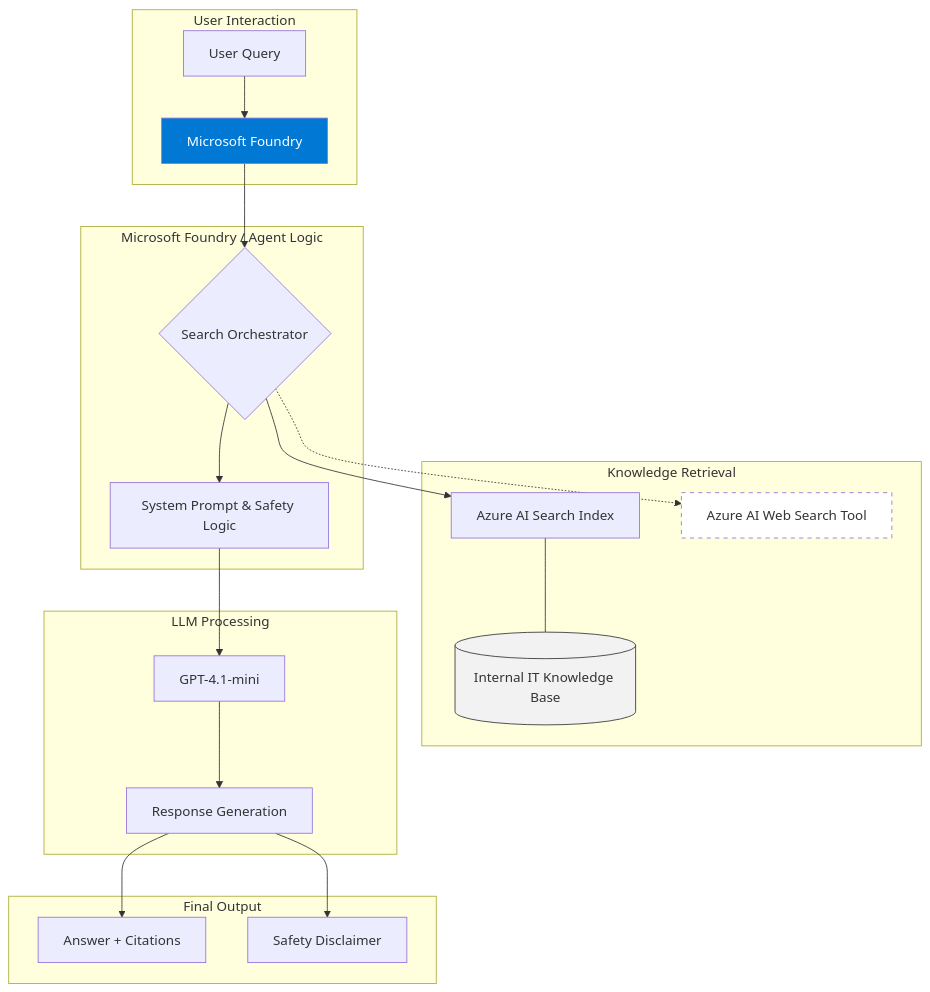
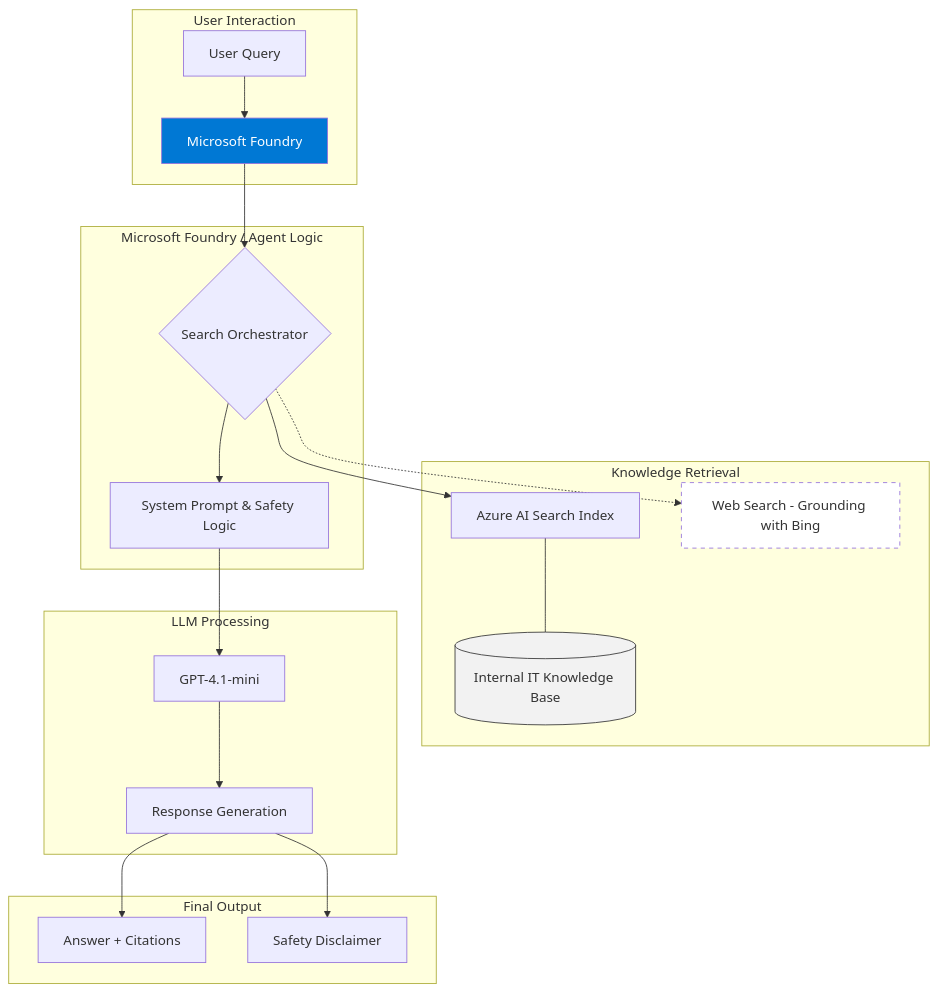
One commit to augforce/Successor-Agent changed the diagram in ARCHITECTURE.md. Above: the diagram before and after it, drawn with Mermaid.

````diff
--- a/ARCHITECTURE.md
+++ b/ARCHITECTURE.md
@@ -1,32 +1,32 @@
 ```mermaid
 graph TD
     subgraph User_Layer [User Interaction]
         A[User Query] --> B[Microsoft Foundry]
     end
 
     subgraph Orchestration_Layer [Microsoft Foundry / Agent Logic]
         B --> C{Search Orchestrator}
         C --> D[System Prompt & Safety Logic]
     end
 
     subgraph Data_Layer [Knowledge Retrieval]
         C --> E[Azure AI Search Index]
         E --- F[(Internal IT Knowledge Base)]
-        C -.-> G[Azure AI Web Search Tool]
+        C -.-> G[Web Search - Grounding with Bing]
     end
 
     subgraph Reasoning_Layer [LLM Processing]
         D --> H[GPT-4.1-mini]
         H --> I[Response Generation]
     end
 
     subgraph Output_Layer [Final Output]
         I --> J[Answer + Citations]
         I --> K[Safety Disclaimer]
     end
 
     %% Security Styling
     style B fill:#0078d4,color:#fff
     style F fill:#f2f2f2,stroke:#333
     style G fill:#fff,stroke-dasharray: 5 5
 ```
````
